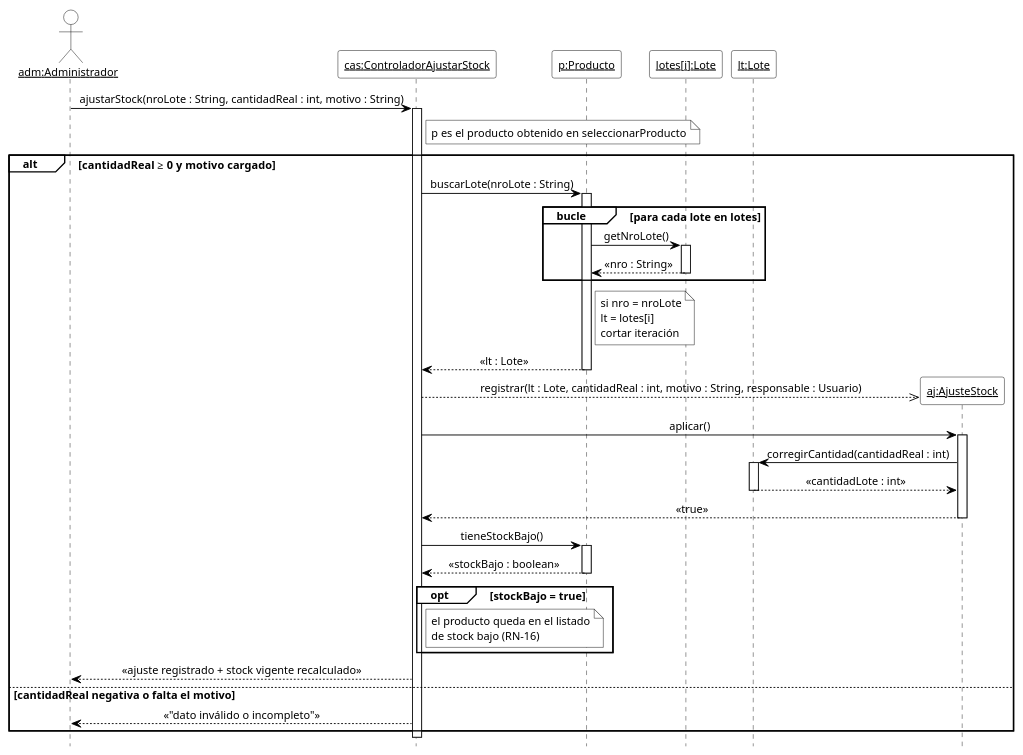
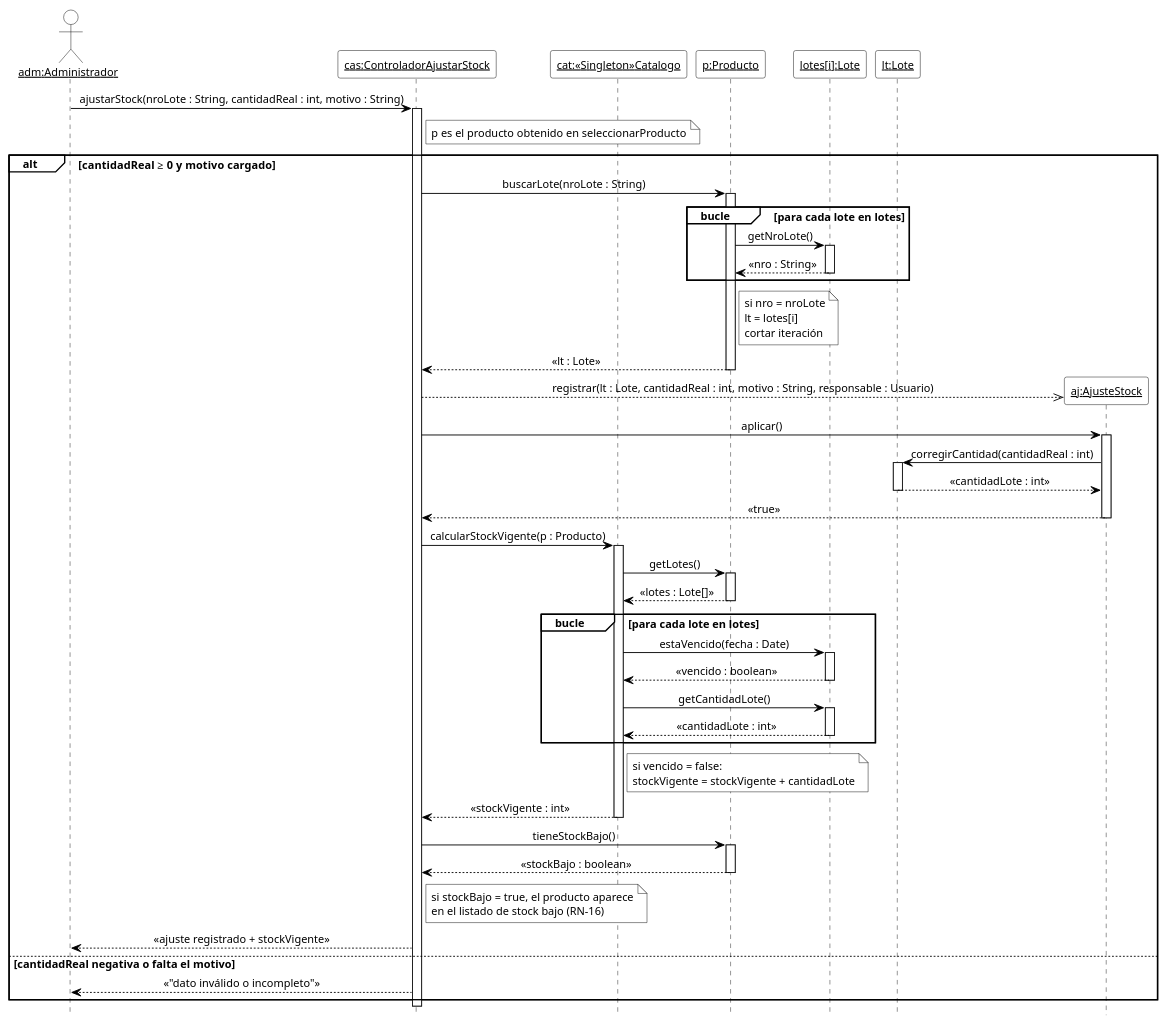
Before and after one commit to cirotop/Stock-Project: the diagram in 08-Diagrama De Secuencia/DSD_CU-06_ajustarStock.puml, drawn with PlantUML. The commit also changed 6 other files, not shown here.

```diff
--- a/08-Diagrama De Secuencia/DSD_CU-06_ajustarStock.puml
+++ b/08-Diagrama De Secuencia/DSD_CU-06_ajustarStock.puml
@@ -1,61 +1,71 @@
 @startuml DSD_CU-06_ajustarStock
 ' Diagrama de Secuencia de Diseño (DSD) - CU-06 Ajustar stock - ajustarStock
 ' Estilo de los ejemplos de la teoría (introducirArticulo / crearNuevaVenta).
 hide footbox
 skinparam shadowing false
 skinparam defaultFontName Arial
 skinparam defaultFontSize 12
 skinparam sequenceMessageAlign center
 skinparam ArrowColor black
 skinparam ParticipantBackgroundColor white
 skinparam ParticipantBorderColor black
 skinparam CollectionsBackgroundColor white
 skinparam CollectionsBorderColor black
 skinparam ActorBackgroundColor white
 skinparam ActorBorderColor black
 skinparam LifeLineBorderColor black
 skinparam LifeLineBackgroundColor white
 skinparam SequenceGroupBackgroundColor white
 skinparam SequenceGroupBorderColor black
 skinparam SequenceGroupHeaderFontColor black
 skinparam NoteBackgroundColor white
 skinparam NoteBorderColor black
 
 actor "<u>adm:Administrador</u>" as adm
 participant "<u>cas:ControladorAjustarStock</u>" as cas
+participant "<u>cat:«Singleton»Catalogo</u>" as cat
 participant "<u>p:Producto</u>" as p
 participant "<u>lotes[i]:Lote</u>" as li
 participant "<u>lt:Lote</u>" as lt
 
 adm -> cas ++ : ajustarStock(nroLote : String, cantidadReal : int, motivo : String)
 note right of cas : p es el producto obtenido en seleccionarProducto
 alt cantidadReal ≥ 0 y motivo cargado
   cas -> p ++ : buscarLote(nroLote : String)
   group bucle [para cada lote en lotes]
     p -> li ++ : getNroLote()
     li --> p -- : «nro : String»
   end
   note right of p
     si nro = nroLote
     lt = lotes[i]
     cortar iteración
   end note
   p --> cas -- : «lt : Lote»
   create participant "<u>aj:AjusteStock</u>" as aj
   cas -->> aj : registrar(lt : Lote, cantidadReal : int, motivo : String, responsable : Usuario)
   cas -> aj ++ : aplicar()
   aj -> lt ++ : corregirCantidad(cantidadReal : int)
   lt --> aj -- : «cantidadLote : int»
   aj --> cas -- : «true»
+  cas -> cat ++ : calcularStockVigente(p : Producto)
+  cat -> p ++ : getLotes()
+  p --> cat -- : «lotes : Lote[]»
+  group bucle [para cada lote en lotes]
+    cat -> li ++ : estaVencido(fecha : Date)
+    li --> cat -- : «vencido : boolean»
+    cat -> li ++ : getCantidadLote()
+    li --> cat -- : «cantidadLote : int»
+  end
+  note right of cat : si vencido = false:\nstockVigente = stockVigente + cantidadLote
+  cat --> cas -- : «stockVigente : int»
   cas -> p ++ : tieneStockBajo()
   p --> cas -- : «stockBajo : boolean»
-  opt stockBajo = true
-    note right of cas : el producto queda en el listado\nde stock bajo (RN-16)
-  end
-  cas --> adm : «ajuste registrado + stock vigente recalculado»
+  note right of cas : si stockBajo = true, el producto aparece\nen el listado de stock bajo (RN-16)
+  cas --> adm : «ajuste registrado + stockVigente»
 else cantidadReal negativa o falta el motivo
   cas --> adm : «"dato inválido o incompleto"»
 end
 deactivate cas
 
 @enduml
```
